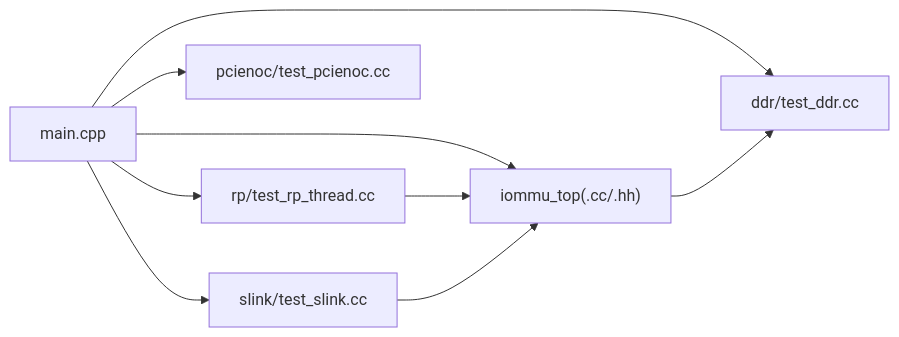
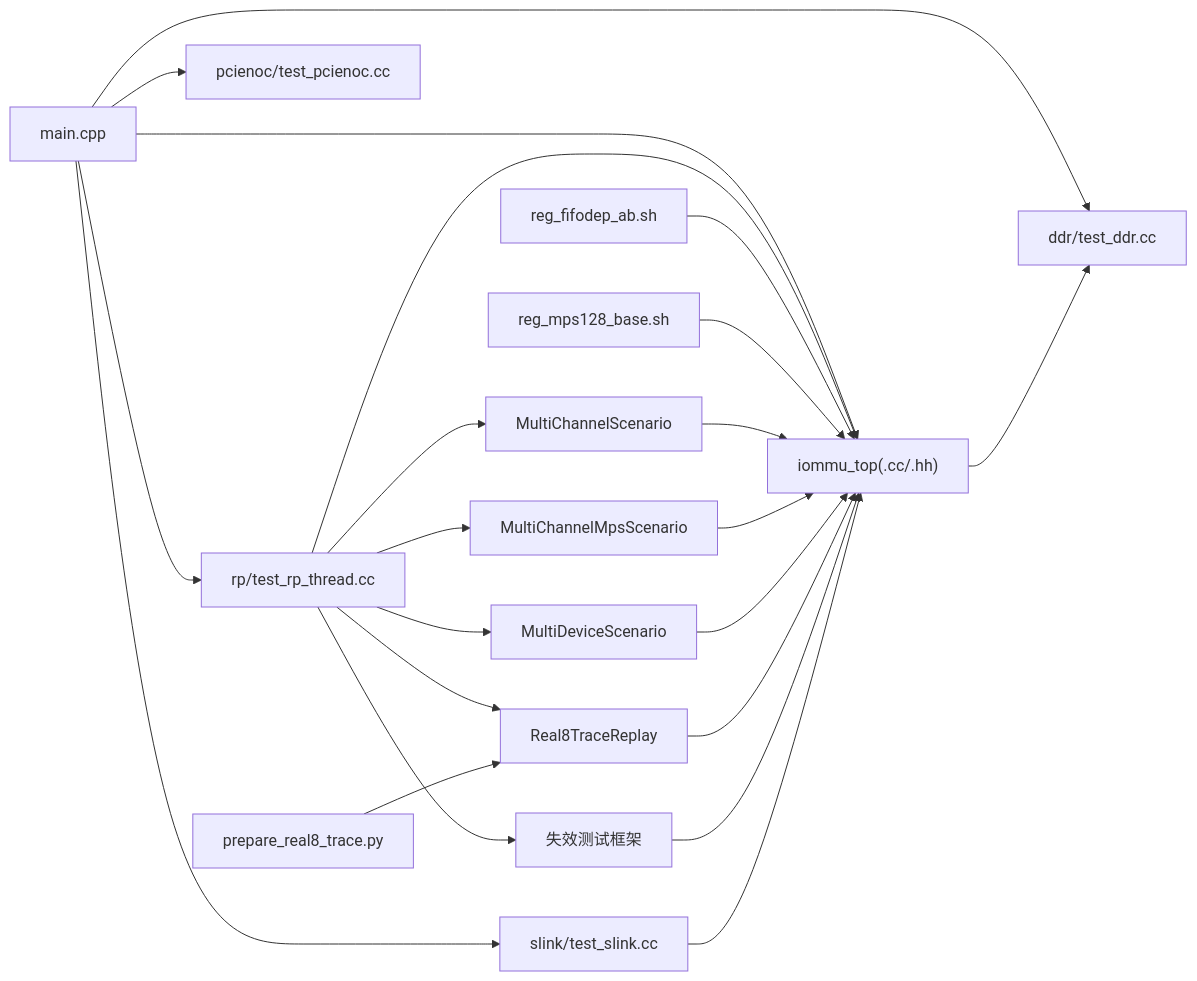
The seventh of 7 diagrams in .qoder/repowiki/zh/content/测试与验证/测试与验证.md (jiangjiang1122/iommu_model_20260401_v1), drawn with Mermaid before and after one commit. The commit also changed other lines of this file and 55 other files, not shown here.

````diff
--- a/.qoder/repowiki/zh/content/测试与验证/测试与验证.md
+++ b/.qoder/repowiki/zh/content/测试与验证/测试与验证.md
@@ -541,11 +703,24 @@
 ```mermaid
 graph LR
 MAIN["main.cpp"] --> RP["rp/test_rp_thread.cc"]
 MAIN --> IOMMU["iommu_top(.cc/.hh)"]
 MAIN --> PCIE["pcienoc/test_pcienoc.cc"]
 MAIN --> SLINK["slink/test_slink.cc"]
 MAIN --> DDR["ddr/test_ddr.cc"]
 RP --> IOMMU
+RP --> MULTIDEV["MultiDeviceScenario"]
+RP --> MULTICHAN["MultiChannelScenario"]
+RP --> MULTICHAN_MPS["MultiChannelMpsScenario"]
+RP --> REAL8["Real8TraceReplay"]
+RP --> INVAL["失效测试框架"]
+PREP["prepare_real8_trace.py"] --> REAL8
+REG_FIFODEP["reg_fifodep_ab.sh"] --> IOMMU
+REG_BASE["reg_mps128_base.sh"] --> IOMMU
+MULTICHAN --> IOMMU
+MULTICHAN_MPS --> IOMMU
+MULTIDEV --> IOMMU
+REAL8 --> IOMMU
+INVAL --> IOMMU
 SLINK --> IOMMU
 IOMMU --> DDR
 ```
````
